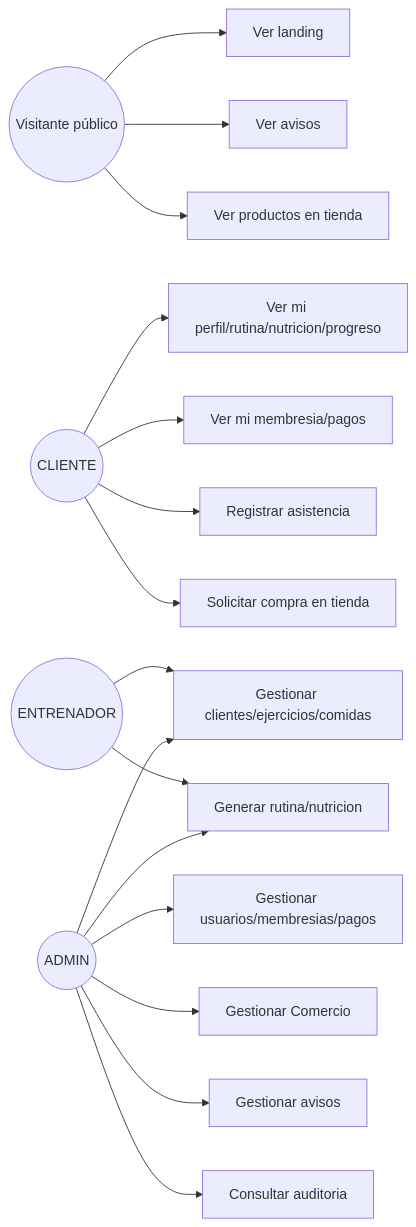
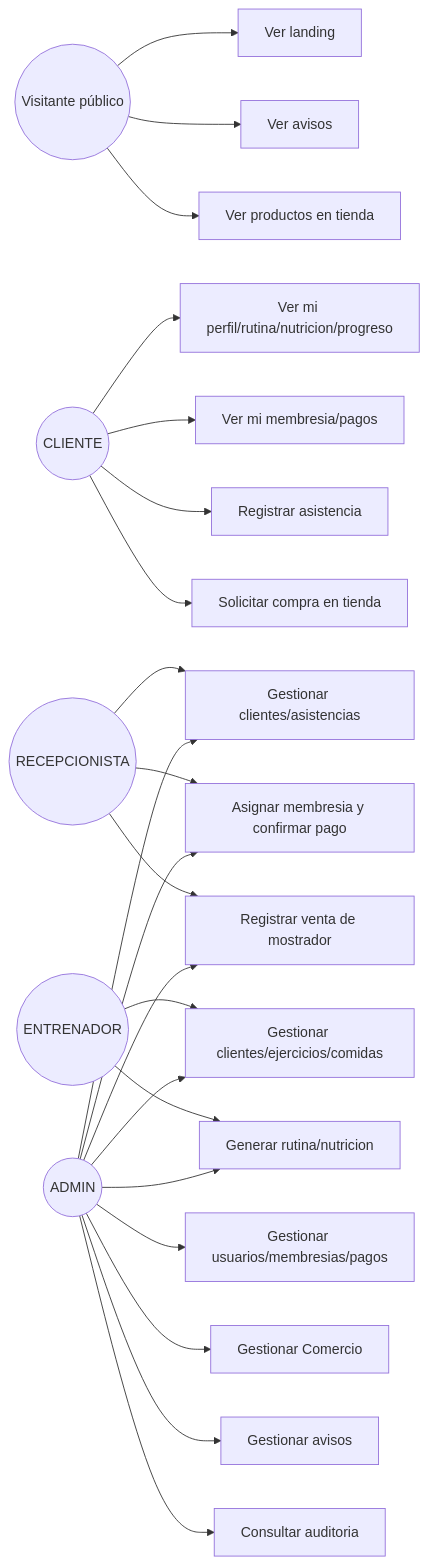
The seventh of 10 diagrams in docs/07_Gestion_Proyecto/Intervencion_Metodologica.md (KeenGuerra/GleyforGymInvestigacion), drawn with Mermaid before and after one commit. The commit also changed other lines of this file, not shown here.

````diff
--- a/docs/07_Gestion_Proyecto/Intervencion_Metodologica.md
+++ b/docs/07_Gestion_Proyecto/Intervencion_Metodologica.md
@@ -544,26 +548,34 @@
 ```mermaid
 graph LR
     Publico((Visitante público))
     Cliente((CLIENTE))
+    Recepcion((RECEPCIONISTA))
     Entrenador((ENTRENADOR))
     Admin((ADMIN))
 
     Publico --> UC1[Ver landing]
     Publico --> UC2[Ver avisos]
     Publico --> UC3[Ver productos en tienda]
 
     Cliente --> UC4[Ver mi perfil/rutina/nutricion/progreso]
     Cliente --> UC5[Ver mi membresia/pagos]
     Cliente --> UC6[Registrar asistencia]
     Cliente --> UC7[Solicitar compra en tienda]
 
+    Recepcion --> UC14[Gestionar clientes/asistencias]
+    Recepcion --> UC15[Asignar membresia y confirmar pago]
+    Recepcion --> UC16[Registrar venta de mostrador]
+
     Entrenador --> UC8[Gestionar clientes/ejercicios/comidas]
     Entrenador --> UC9[Generar rutina/nutricion]
 
     Admin --> UC10[Gestionar usuarios/membresias/pagos]
     Admin --> UC11[Gestionar Comercio]
     Admin --> UC12[Gestionar avisos]
     Admin --> UC13[Consultar auditoria]
     Admin --> UC8
     Admin --> UC9
+    Admin --> UC14
+    Admin --> UC15
+    Admin --> UC16
 ```
````
